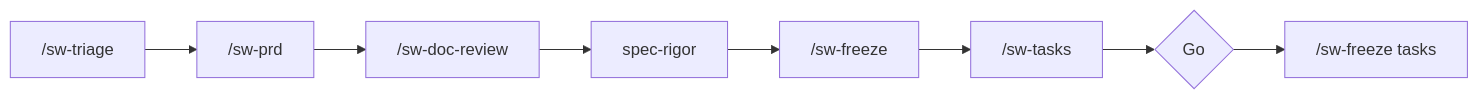
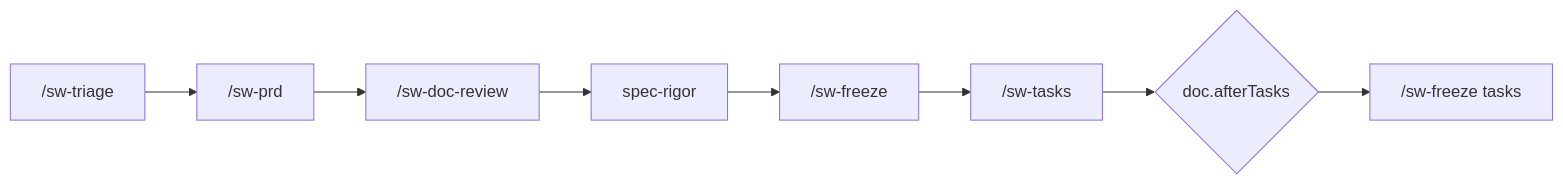
One commit to grdavies/shipwright changed the sixth of 11 diagrams in README.md. Above: the diagram before and after it, drawn with Mermaid. The commit also changed other lines of this file and 94 other files, not shown here.

````diff
--- a/README.md
+++ b/README.md
@@ -335,10 +361,10 @@
 ```mermaid
 flowchart LR
   TR["/sw-triage"] --> PRD["/sw-prd"]
   PRD --> DR["/sw-doc-review"]
   DR --> RIG[spec-rigor]
   RIG --> FZ["/sw-freeze"]
   FZ --> TK["/sw-tasks"]
-  TK --> GO{Go}
-  GO --> FZT["/sw-freeze tasks"]
+  TK --> BT{doc.afterTasks}
+  BT --> FZT["/sw-freeze tasks"]
 ```
````
